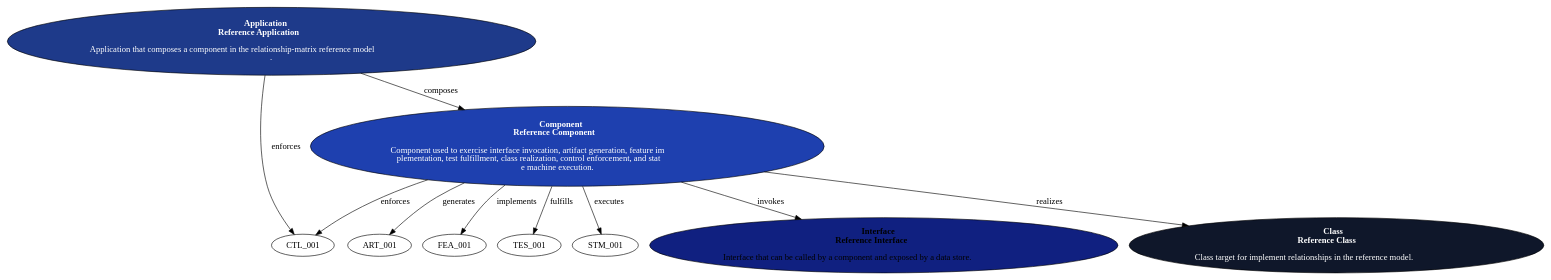
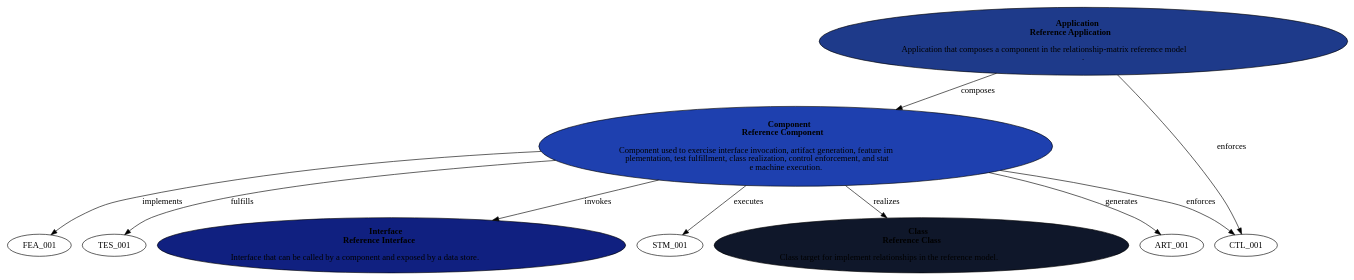
The diagram in docs/design/MIS-002-views/source/Component.view.dot (JEleniel/aurora), drawn with Graphviz before and after one commit. The commit also changed 95 other files, not shown here.

```diff
--- a/docs/design/MIS-002-views/source/Component.view.dot
+++ b/docs/design/MIS-002-views/source/Component.view.dot
@@ -1,74 +1,74 @@
 digraph {
 					fontname="Noto Sans";
 					fontcolor="#FFFFFF";
 					fontsize=12;
-				INT_001[
+				COM_001[
 			label=<
-				<FONT COLOR="#000000"><B>Interface</B><BR/>
+				<B>Component</B><BR/>
+				<B>Reference Component</B><BR/>
+				<BR/>
+				Component used to exercise interface invocation, artifact generation, feature im<BR/>plementation, test fulfillment, class realization, control enforcement, and stat<BR/>e machine execution.<BR/>
+			>
+			height=1.0;
+			width=1.6;
+			href="../MIS-002-views/Reference_Component.view.svg";
+			style=filled;
+			fillcolor="#1e40af";
+			svg_shape="component";
+			icon="cube";
+		];
+		INT_001[
+			label=<
+				<B>Interface</B><BR/>
 				<B>Reference Interface</B><BR/>
 				<BR/>
-				Interface that can be called by a component and exposed by a data store.<BR/></FONT>
+				Interface that can be called by a component and exposed by a data store.<BR/>
 			>
 			height=1.0;
 			width=1.6;
 			href="../MIS-002-views/Reference_Interface.view.svg";
 			style=filled;
 			fillcolor="#102080";
 			svg_shape="interface";
 			icon="plug";
 		];
+		APP_001[
+			label=<
+				<B>Application</B><BR/>
+				<B>Reference Application</B><BR/>
+				<BR/>
+				Application that composes a component in the relationship-matrix reference model<BR/>.<BR/>
+			>
+			height=1.0;
+			width=1.6;
+			href="../MIS-002-views/Reference_Application.view.svg";
+			style=filled;
+			fillcolor="#1e3a8a";
+			svg_shape="box";
+			icon="app-window";
+		];
 		CLS_001[
 			label=<
-				<FONT COLOR="#FFFFFF"><B>Class</B><BR/>
+				<B>Class</B><BR/>
 				<B>Reference Class</B><BR/>
 				<BR/>
-				Class target for implement relationships in the reference model.<BR/></FONT>
+				Class target for implement relationships in the reference model.<BR/>
 			>
 			height=1.0;
 			width=1.6;
 			href="../MIS-002-views/Reference_Class.view.svg";
 			style=filled;
 			fillcolor="#0f172a";
 			svg_shape="class";
 			icon="braces";
 		];
-		APP_001[
-			label=<
-				<FONT COLOR="#FFFFFF"><B>Application</B><BR/>
-				<B>Reference Application</B><BR/>
-				<BR/>
-				Application that composes a component in the relationship-matrix reference model<BR/>.<BR/></FONT>
-			>
-			height=1.0;
-			width=1.6;
-			href="../MIS-002-views/Reference_Application.view.svg";
-			style=filled;
-			fillcolor="#1e3a8a";
-			svg_shape="box";
-			icon="app-window";
-		];
-		COM_001[
-			label=<
-				<FONT COLOR="#FFFFFF"><B>Component</B><BR/>
-				<B>Reference Component</B><BR/>
-				<BR/>
-				Component used to exercise interface invocation, artifact generation, feature im<BR/>plementation, test fulfillment, class realization, control enforcement, and stat<BR/>e machine execution.<BR/></FONT>
-			>
-			height=1.0;
-			width=1.6;
-			href="../MIS-002-views/Reference_Component.view.svg";
-			style=filled;
-			fillcolor="#1e40af";
-			svg_shape="component";
-			icon="cube";
-		];
-			APP_001 -> COM_001 [label="composes"];
-									APP_001 -> CTL_001 [label="enforces"];
-									COM_001 -> INT_001 [label="invokes"];
+			COM_001 -> INT_001 [label="invokes"];
 									COM_001 -> ART_001 [label="generates"];
 									COM_001 -> FEA_001 [label="implements"];
 									COM_001 -> TES_001 [label="fulfills"];
 									COM_001 -> CLS_001 [label="realizes"];
 									COM_001 -> CTL_001 [label="enforces"];
 									COM_001 -> STM_001 [label="executes"];
+									APP_001 -> COM_001 [label="composes"];
+									APP_001 -> CTL_001 [label="enforces"];
 								}
```
